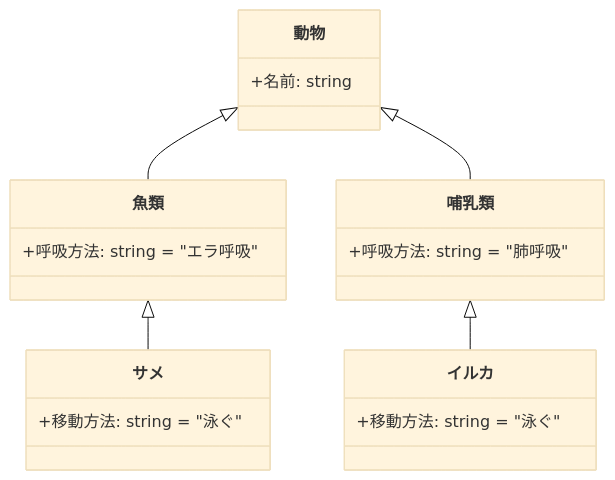
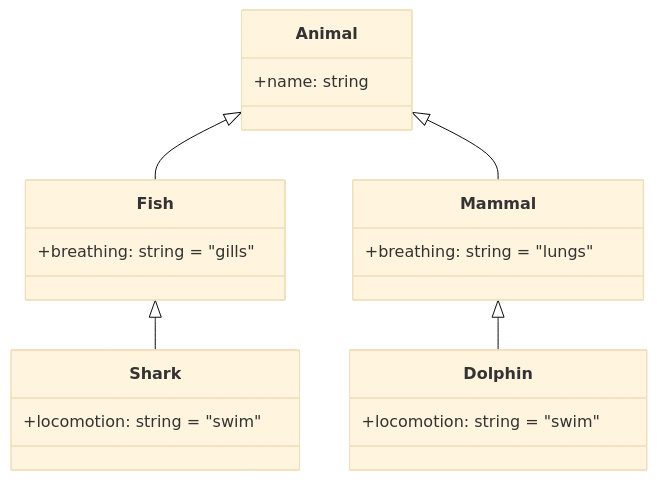
Before and after one commit to baseballyama/blog: the first of 4 diagrams in posts/20260211-abstraction-and-generalization/en.md, drawn with Mermaid (base theme). The commit also changed other lines of this file and 3 other files, not shown here.

Commit message:
fix: translate mermaid labels in the English post (#8)

````diff
--- a/posts/20260211-abstraction-and-generalization/en.md
+++ b/posts/20260211-abstraction-and-generalization/en.md
@@ -52,22 +52,22 @@
 ```mermaid
 classDiagram
-    class 動物 {
-        +名前: string
+    class Animal {
+        +name: string
     }
-    class 魚類 {
-        +呼吸方法: string = "エラ呼吸"
+    class Fish {
+        +breathing: string = "gills"
     }
-    class 哺乳類 {
-        +呼吸方法: string = "肺呼吸"
+    class Mammal {
+        +breathing: string = "lungs"
     }
-    class サメ {
-        +移動方法: string = "泳ぐ"
+    class Shark {
+        +locomotion: string = "swim"
     }
-    class イルカ {
-        +移動方法: string = "泳ぐ"
+    class Dolphin {
+        +locomotion: string = "swim"
     }
-    動物 <|-- 魚類
-    動物 <|-- 哺乳類
-    魚類 <|-- サメ
-    哺乳類 <|-- イルカ
+    Animal <|-- Fish
+    Animal <|-- Mammal
+    Fish <|-- Shark
+    Mammal <|-- Dolphin
 ```
````
